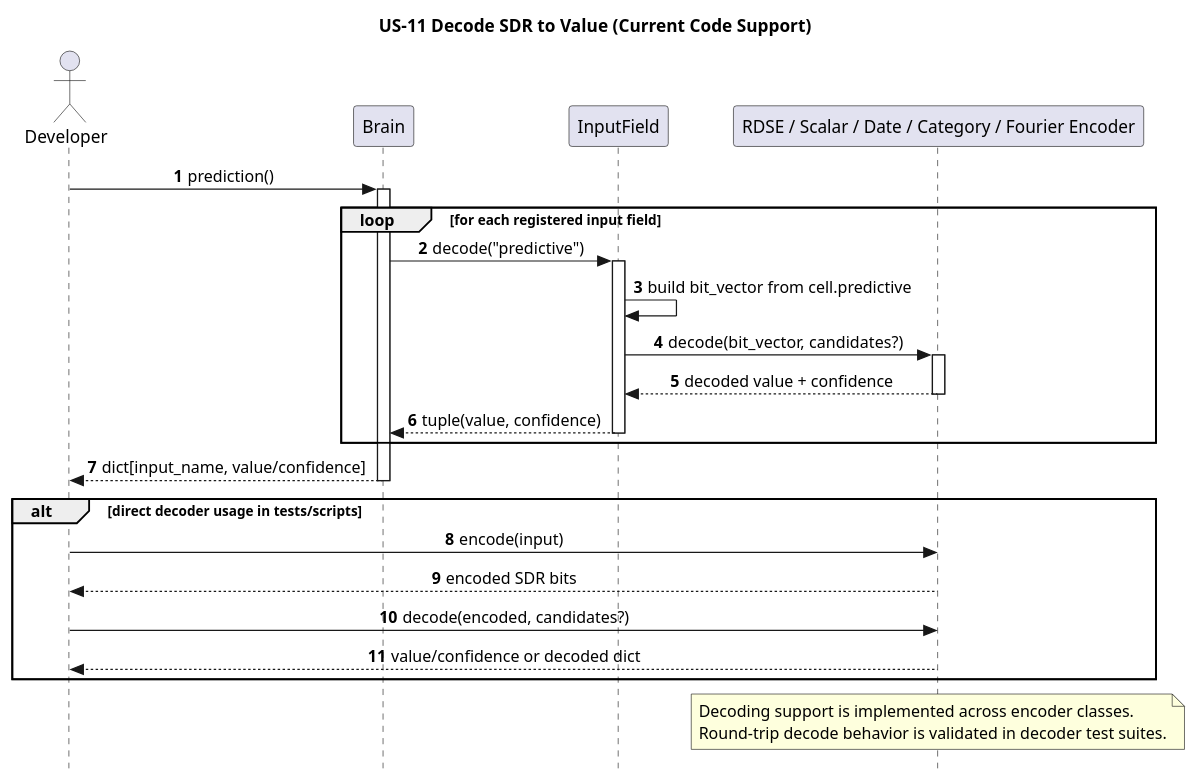
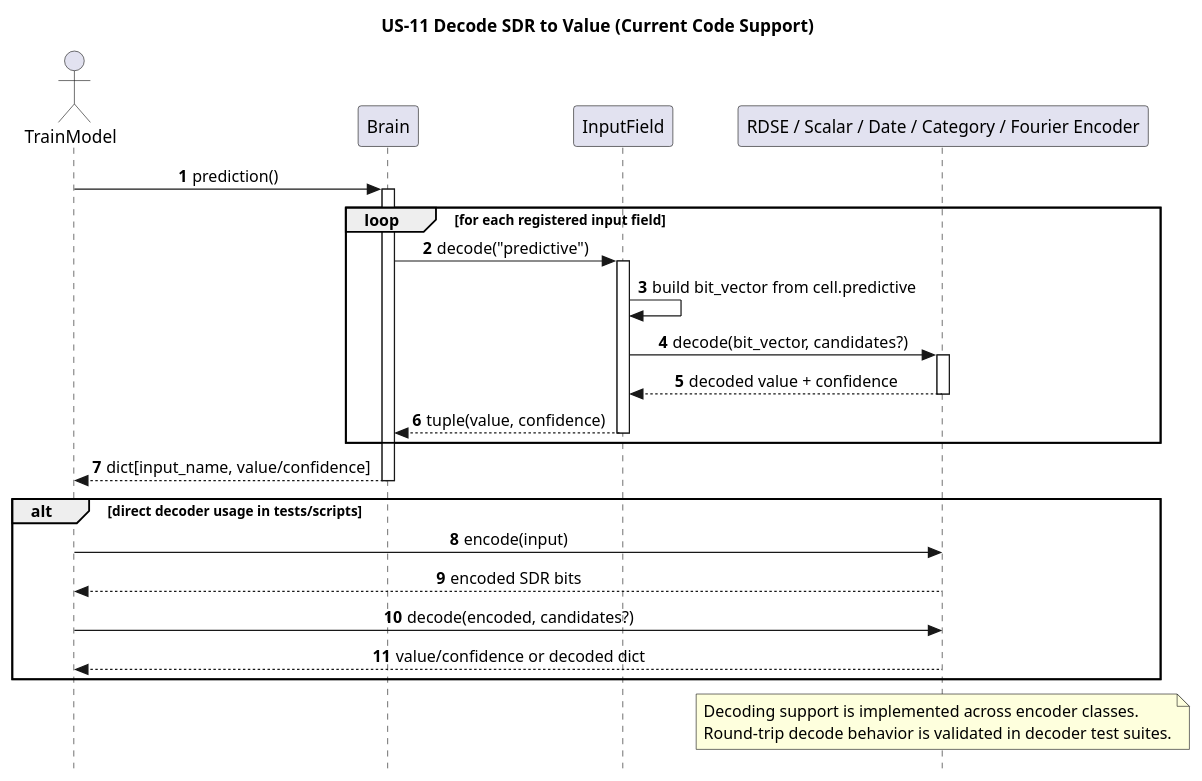
The diagram in docs/puml/US/us-11.puml (egrembocki/htmrl), drawn with PlantUML before and after one commit. The commit also changed 6 other files, not shown here.

```diff
--- a/docs/puml/US/us-11.puml
+++ b/docs/puml/US/us-11.puml
@@ -1,41 +1,41 @@
 @startuml
 skinparam style strictuml
 skinparam sequenceMessageAlign center
 skinparam responseMessageBelowArrow true
 autonumber
 
 title US-11 Decode SDR to Value (Current Code Support)
 
-actor Developer
+actor TrainModel
 participant "Brain" as BR
 participant "InputField" as IF
 participant "RDSE / Scalar / Date / Category / Fourier Encoder" as ENC
 
-Developer -> BR: prediction()
+TrainModel -> BR: prediction()
 activate BR
 loop for each registered input field
   BR -> IF: decode("predictive")
   activate IF
   IF -> IF: build bit_vector from cell.predictive
   IF -> ENC: decode(bit_vector, candidates?)
   activate ENC
   ENC --> IF: decoded value + confidence
   deactivate ENC
   IF --> BR: tuple(value, confidence)
   deactivate IF
 end
-BR --> Developer: dict[input_name, value/confidence]
+BR --> TrainModel: dict[input_name, value/confidence]
 deactivate BR
 
 alt direct decoder usage in tests/scripts
-  Developer -> ENC: encode(input)
-  ENC --> Developer: encoded SDR bits
-  Developer -> ENC: decode(encoded, candidates?)
-  ENC --> Developer: value/confidence or decoded dict
+  TrainModel -> ENC: encode(input)
+  ENC --> TrainModel: encoded SDR bits
+  TrainModel -> ENC: decode(encoded, candidates?)
+  ENC --> TrainModel: value/confidence or decoded dict
 end
 
 note over ENC
 Decoding support is implemented across encoder classes.
 Round-trip decode behavior is validated in decoder test suites.
 end note
 @enduml
```
